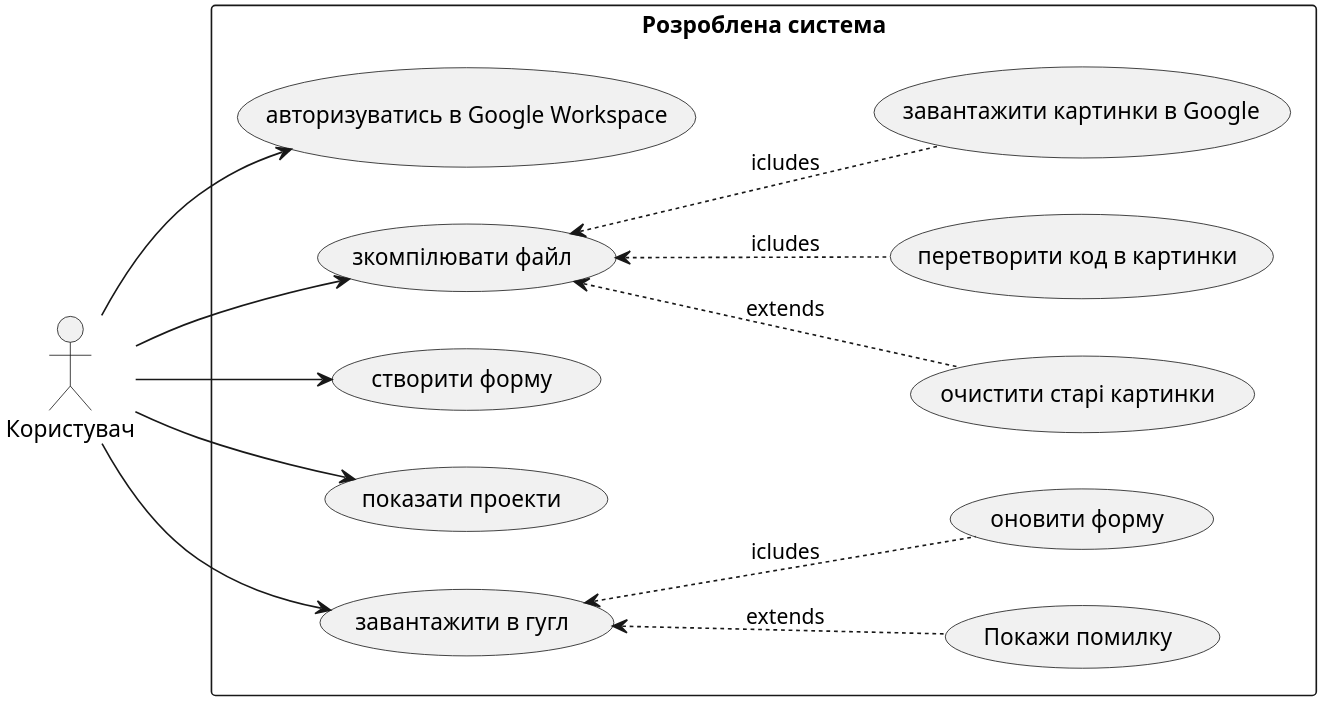
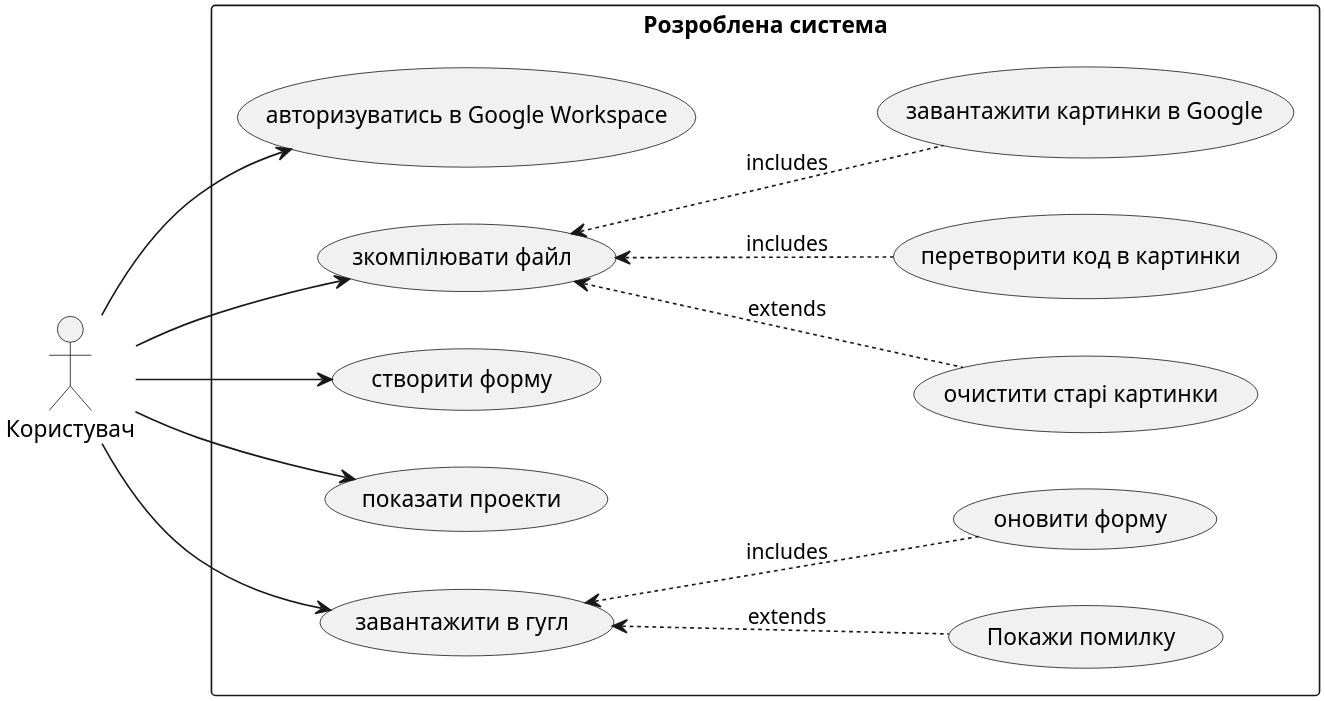
Before and after one commit to Gera3dartist/quiz_compiler: the diagram in documentation/diagrams/usecase_diagram.puml, drawn with PlantUML. The commit also changed 8 other files, not shown here.

```diff
--- a/documentation/diagrams/usecase_diagram.puml
+++ b/documentation/diagrams/usecase_diagram.puml
@@ -1,32 +1,32 @@
 @startuml Usecases
 scale 3
 ' title Внутрішнє представлення цільового коду
 left to right direction
 
 rectangle "Розроблена система" {
     usecase "авторизуватись в Google Workspace" as login
     usecase "зкомпілювати файл" as compile
     usecase "очистити старі картинки" as cleanup
     usecase "перетворити код в картинки" as do_image
     usecase "завантажити картинки в Google" as up_image
     usecase "створити форму" as form
     usecase "показати проекти" as state
     usecase "завантажити в гугл" as upload
     usecase "Покажи помилку" as no_project
     usecase "оновити форму" as up_form
 }
 actor Користувач as user
 compile <.. cleanup : extends
-compile <.. do_image : icludes
-compile <.. up_image : icludes
-upload <.. up_form : icludes
+compile <.. do_image : includes
+compile <.. up_image : includes
+upload <.. up_form : includes
 upload <.. no_project : extends
 
 user --> login
 user --> compile
 user --> form
 user --> state
 user --> upload
 
 
 @enduml
```
